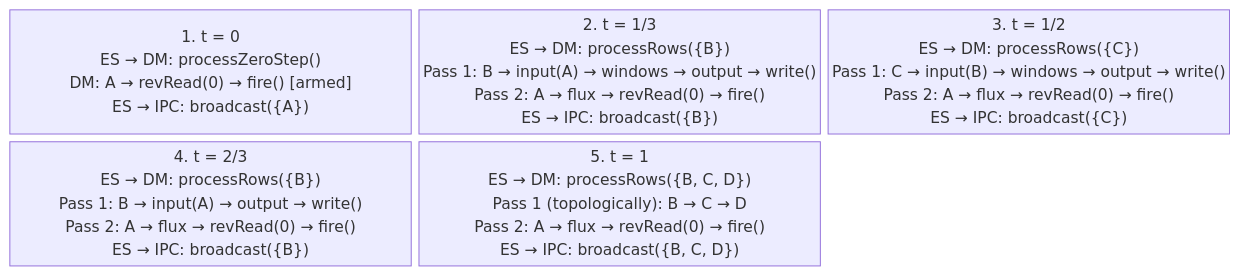
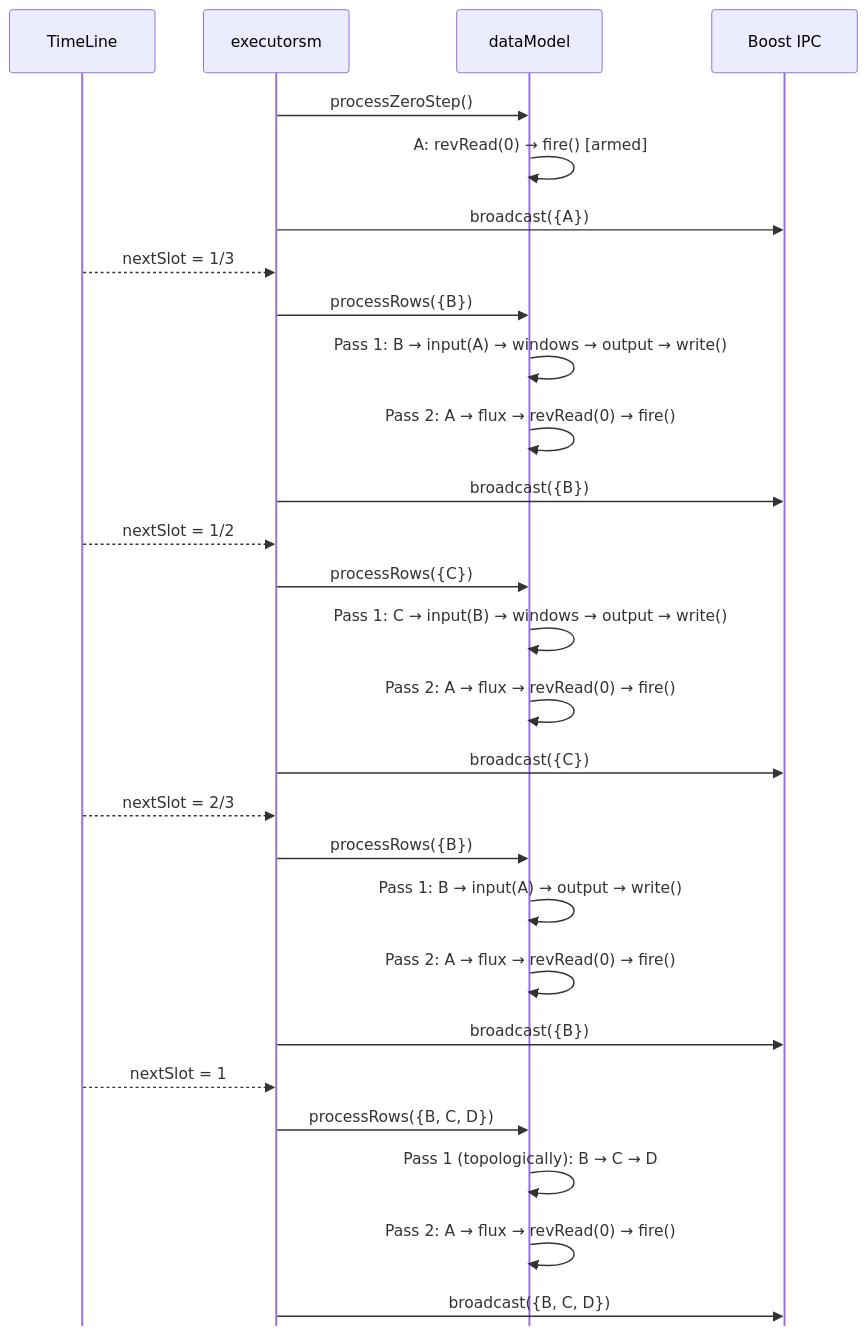
The sixth of 6 diagrams in query-execution/query-tree-traversal-algorithm.md (michalwidera/documentation-rdb), drawn with Mermaid before and after one commit. The commit also changed other lines of this file and 5 other files, not shown here.

````diff
--- a/query-execution/query-tree-traversal-algorithm.md
+++ b/query-execution/query-tree-traversal-algorithm.md
@@ -196,13 +197,38 @@
 ```mermaid
 %% pdf-width: 85%
-%% pdf-height: 45%
-%%{init: {"markdownAutoWrap": false}}%%
-block-beta
-    columns 3
-    Z["1. t = 0<br/>ES → DM: processZeroStep()<br/>DM: A → revRead(0) → fire() [armed]<br/>ES → IPC: broadcast({A})"]
-    T13["2. t = 1/3<br/>ES → DM: processRows({B})<br/>Pass 1: B → input(A) → windows → output → write()<br/>Pass 2: A → flux → revRead(0) → fire()<br/>ES → IPC: broadcast({B})"]
-    T12["3. t = 1/2<br/>ES → DM: processRows({C})<br/>Pass 1: C → input(B) → windows → output → write()<br/>Pass 2: A → flux → revRead(0) → fire()<br/>ES → IPC: broadcast({C})"]
-    T23["4. t = 2/3<br/>ES → DM: processRows({B})<br/>Pass 1: B → input(A) → output → write()<br/>Pass 2: A → flux → revRead(0) → fire()<br/>ES → IPC: broadcast({B})"]
-    T1["5. t = 1<br/>ES → DM: processRows({B, C, D})<br/>Pass 1 (topologically): B → C → D<br/>Pass 2: A → flux → revRead(0) → fire()<br/>ES → IPC: broadcast({B, C, D})"]
-    space:1
+%% pdf-height: 65%
+%%{init: {"markdownAutoWrap": false, "sequence": {"mirrorActors": false, "messageMargin": 22, "boxMargin": 6}}}%%
+sequenceDiagram
+    participant TL as TimeLine
+    participant ES as executorsm
+    participant DM as dataModel
+    participant IPC as Boost IPC
+
+    ES->>DM: processZeroStep()
+    DM->>DM: A: revRead(0) → fire() [armed]
+    ES->>IPC: broadcast({A})
+
+    TL-->>ES: nextSlot = 1/3
+    ES->>DM: processRows({B})
+    DM->>DM: Pass 1: B → input(A) → windows → output → write()
+    DM->>DM: Pass 2: A → flux → revRead(0) → fire()
+    ES->>IPC: broadcast({B})
+
+    TL-->>ES: nextSlot = 1/2
+    ES->>DM: processRows({C})
+    DM->>DM: Pass 1: C → input(B) → windows → output → write()
+    DM->>DM: Pass 2: A → flux → revRead(0) → fire()
+    ES->>IPC: broadcast({C})
+
+    TL-->>ES: nextSlot = 2/3
+    ES->>DM: processRows({B})
+    DM->>DM: Pass 1: B → input(A) → output → write()
+    DM->>DM: Pass 2: A → flux → revRead(0) → fire()
+    ES->>IPC: broadcast({B})
+
+    TL-->>ES: nextSlot = 1
+    ES->>DM: processRows({B, C, D})
+    DM->>DM: Pass 1 (topologically): B → C → D
+    DM->>DM: Pass 2: A → flux → revRead(0) → fire()
+    ES->>IPC: broadcast({B, C, D})
 ```
````
